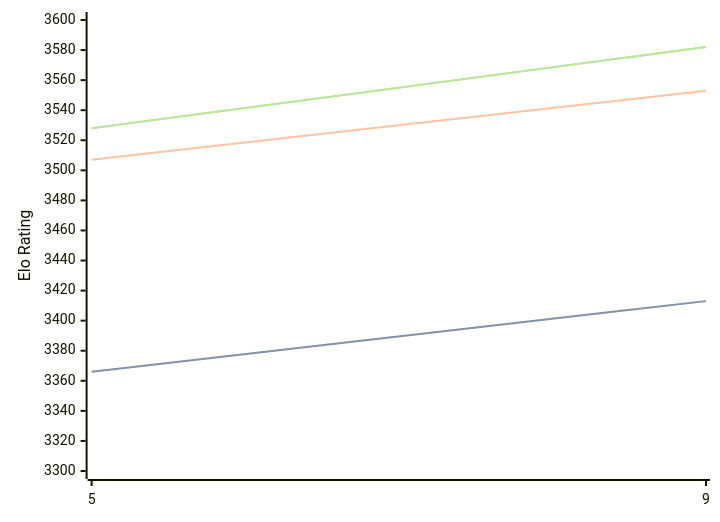
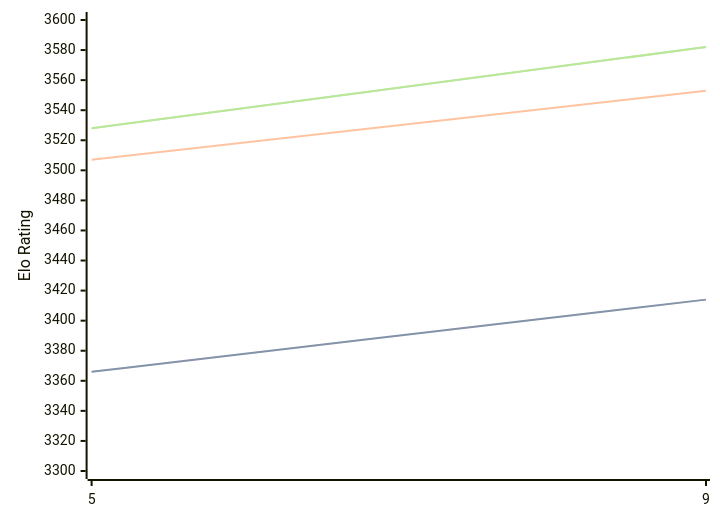
The diagram in engines/Crystal.md (computer-chess-index/cci), drawn with Mermaid before and after one commit. The commit also changed other lines of this file, not shown here.

````diff
--- a/engines/Crystal.md
+++ b/engines/Crystal.md
@@ -60,11 +60,11 @@
 ```mermaid
 %%{init: {"theme":"base","themeVariables":{"seriesColors:['#a3a3a3','#222221','#faa371']}}}%%
 xychart-beta
   x-axis ["5", "9"]
   y-axis "Elo Rating" 3300 --> 3600
-  line "STC (8.0+0.08s)" [3366, 3413]
-  line "STC (8.0+0.08s)" [3366, 3413]
+  line "STC (8.0+0.08s)" [3366, 3414]
+  line "STC (8.0+0.08s)" [3366, 3414]
   line "LTC (60.0+0.60s)" [3507, 3553]
   line "VLTC (2m24s+1.12s)" [3528, 3582]
   line "VLTC (2m24s+1.12s)" [3528, 3582]
 ```
````
